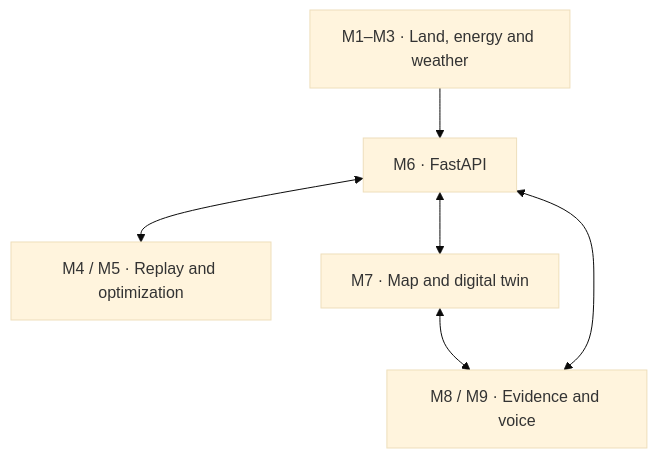
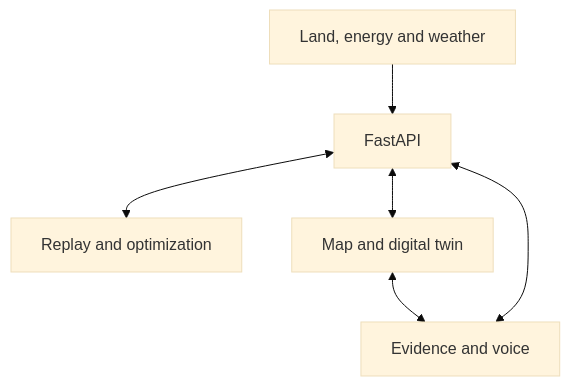
Before and after one commit to omarfh111/MIZUHO: the first of 4 diagrams in README.md, drawn with Mermaid (base theme). The commit also changed other lines of this file, not shown here.

Commit message:
Use feature names in README prose and diagrams

````diff
--- a/README.md
+++ b/README.md
@@ -171,10 +171,10 @@
 ```mermaid
 flowchart TD
     accTitle: MIZUHO application architecture
     accDescr: Geography, energy and weather feed a planning engine exposed through the API to the dashboard and assistants.
-    Inputs["M1–M3 · Land, energy and weather"] --> API["M6 · FastAPI"]
-    API <--> Plan["M4 / M5 · Replay and optimization"]
-    API <--> Web["M7 · Map and digital twin"]
-    Web <--> Help["M8 / M9 · Evidence and voice"]
+    Inputs["Land, energy and weather"] --> API["FastAPI"]
+    API <--> Plan["Replay and optimization"]
+    API <--> Web["Map and digital twin"]
+    Web <--> Help["Evidence and voice"]
     Help <--> API
 ```
````
